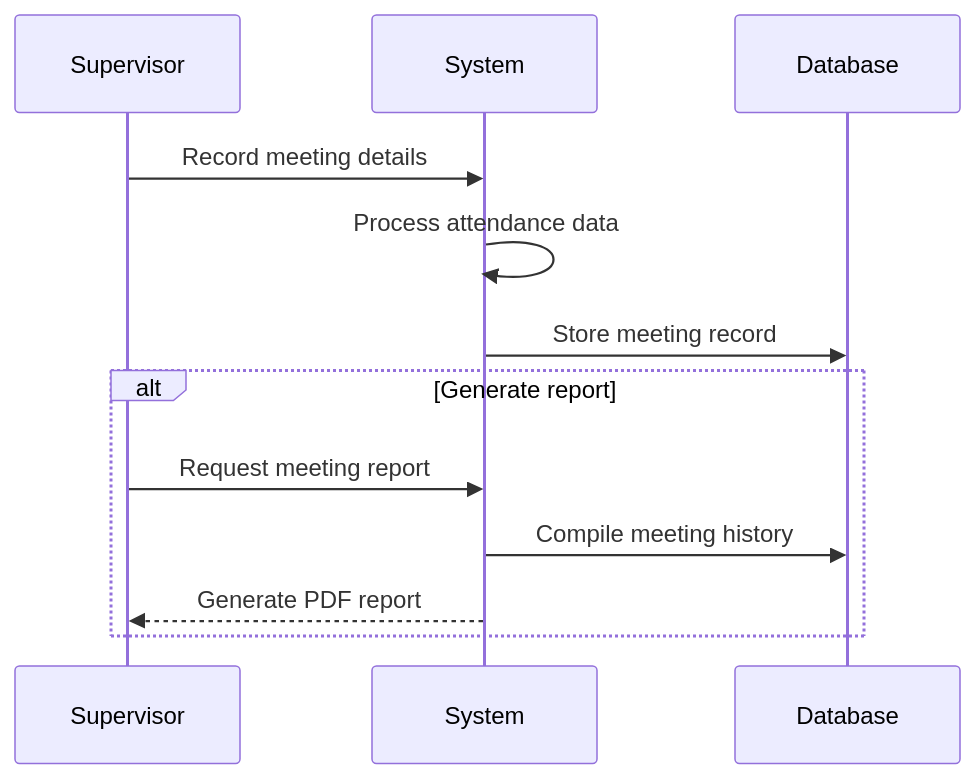
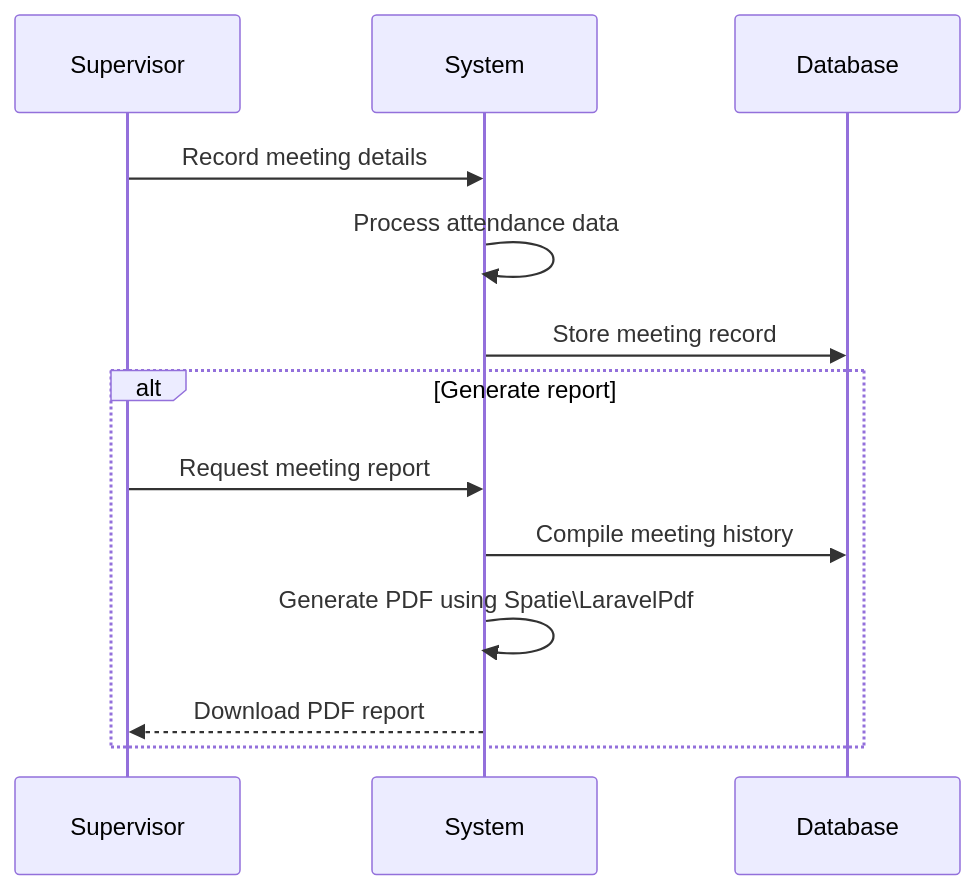
Diagram 11 of 42 in sequence.md (abdullah2323442/thesisrepo-backup), drawn with Mermaid before and after one commit. The commit also changed other lines of this file, not shown here.

````diff
--- a/sequence.md
+++ b/sequence.md
@@ -215,16 +278,17 @@
 ```mermaid
 sequenceDiagram
     participant Supervisor
     participant System
     participant Database
 
     Supervisor->>System: Record meeting details
     System->>System: Process attendance data
     System->>Database: Store meeting record
     
     alt Generate report
         Supervisor->>System: Request meeting report
         System->>Database: Compile meeting history
-        System-->>Supervisor: Generate PDF report
+        System->>System: Generate PDF using Spatie\LaravelPdf
+        System-->>Supervisor: Download PDF report
     end
 ```
````
